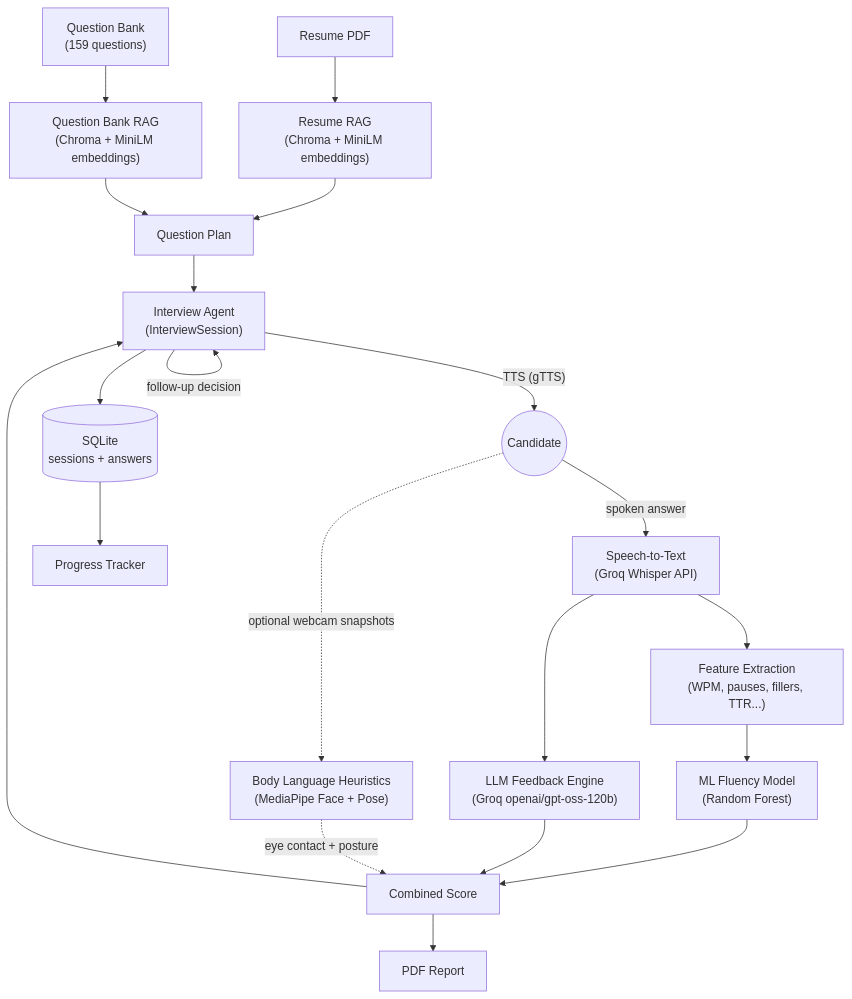
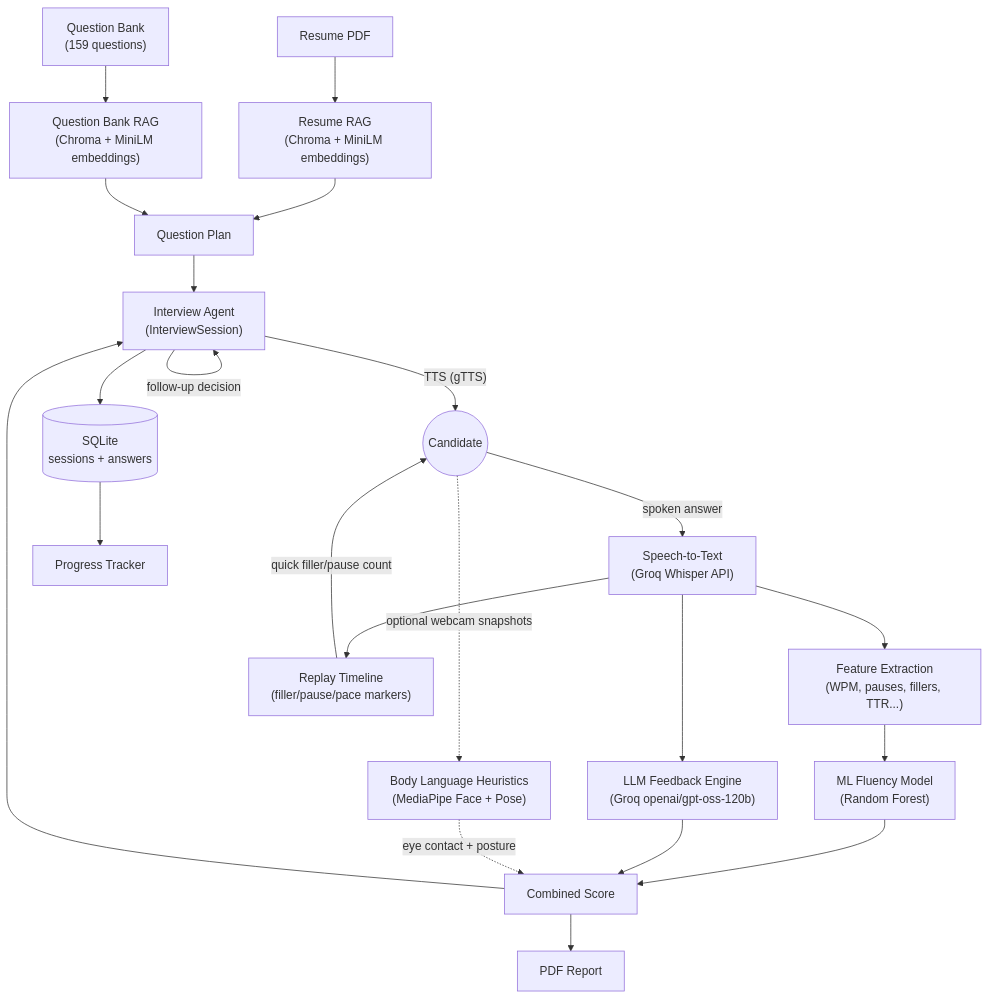
One commit to SindhuGIT01/SpeakReady changed the diagram in README.md. Above: the diagram before and after it, drawn with Mermaid. The commit also changed other lines of this file and 9 other files, not shown here.

Commit message:
Add answer replay timeline with filler/pause/pace markers

````diff
--- a/README.md
+++ b/README.md
@@ -68,27 +74,29 @@
 ```mermaid
 flowchart TD
     Resume["Resume PDF"] --> ResumeRAG["Resume RAG\n(Chroma + MiniLM embeddings)"]
     Bank["Question Bank\n(159 questions)"] --> BankRAG["Question Bank RAG\n(Chroma + MiniLM embeddings)"]
 
     ResumeRAG --> Plan["Question Plan"]
     BankRAG --> Plan
     Plan --> Agent["Interview Agent\n(InterviewSession)"]
 
     Agent -- "TTS (gTTS)" --> Candidate((Candidate))
     Candidate -- "spoken answer" --> Whisper["Speech-to-Text\n(Groq Whisper API)"]
     Candidate -. "optional webcam snapshots" .-> BodyLang["Body Language Heuristics\n(MediaPipe Face + Pose)"]
 
     Whisper --> Features["Feature Extraction\n(WPM, pauses, fillers, TTR...)"]
+    Whisper --> Timeline["Replay Timeline\n(filler/pause/pace markers)"]
     Features --> Fluency["ML Fluency Model\n(Random Forest)"]
     Whisper --> Feedback["LLM Feedback Engine\n(Groq openai/gpt-oss-120b)"]
 
     Fluency --> Score["Combined Score"]
     Feedback --> Score
     BodyLang -. "eye contact + posture" .-> Score
+    Timeline -- "quick filler/pause count" --> Candidate
     Score --> Agent
 
     Agent -- "follow-up decision" --> Agent
     Agent --> DB[("SQLite\nsessions + answers")]
     DB --> Progress["Progress Tracker"]
     Score --> Report["PDF Report"]
 ```
````
